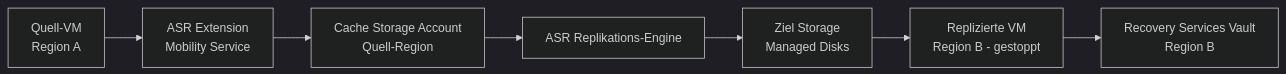
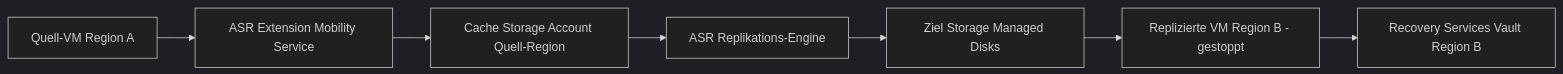
The second of 6 diagrams in Microsoft 365/Azure/Monitor und Management/Azure Site Recovery.md (SoniiiT/notes-n-docs), drawn with Mermaid (dark theme) before and after one commit. The commit also changed other lines of this file and 124 other files, not shown here.

First line of the commit message:
fix: Entferne \n aus allen Mermaid-Diagrammen (125 Dateien)

````diff
--- a/Microsoft 365/Azure/Monitor und Management/Azure Site Recovery.md
+++ b/Microsoft 365/Azure/Monitor und Management/Azure Site Recovery.md
@@ -73,9 +73,9 @@
 ```mermaid
 graph LR
-    A[Quell-VM\nRegion A] --> B[ASR Extension\nMobility Service]
-    B --> C[Cache Storage Account\nQuell-Region]
+    A[Quell-VM Region A] --> B[ASR Extension Mobility Service]
+    B --> C[Cache Storage Account Quell-Region]
     C --> D[ASR Replikations-Engine]
-    D --> E[Ziel Storage\nManaged Disks]
-    E --> F[Replizierte VM\nRegion B - gestoppt]
-    F --> G[Recovery Services Vault\nRegion B]
+    D --> E[Ziel Storage Managed Disks]
+    E --> F[Replizierte VM Region B - gestoppt]
+    F --> G[Recovery Services Vault Region B]
 ```
````
